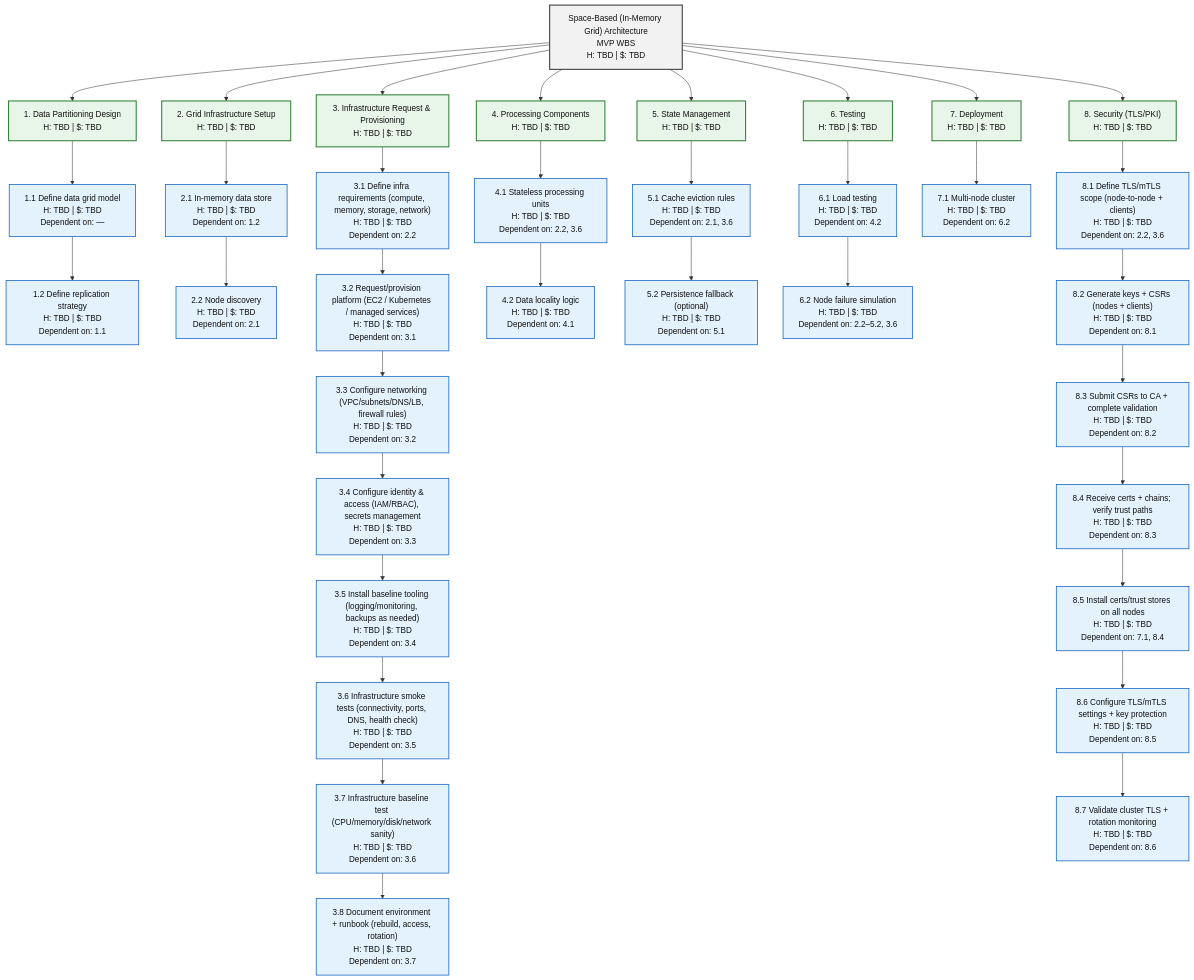
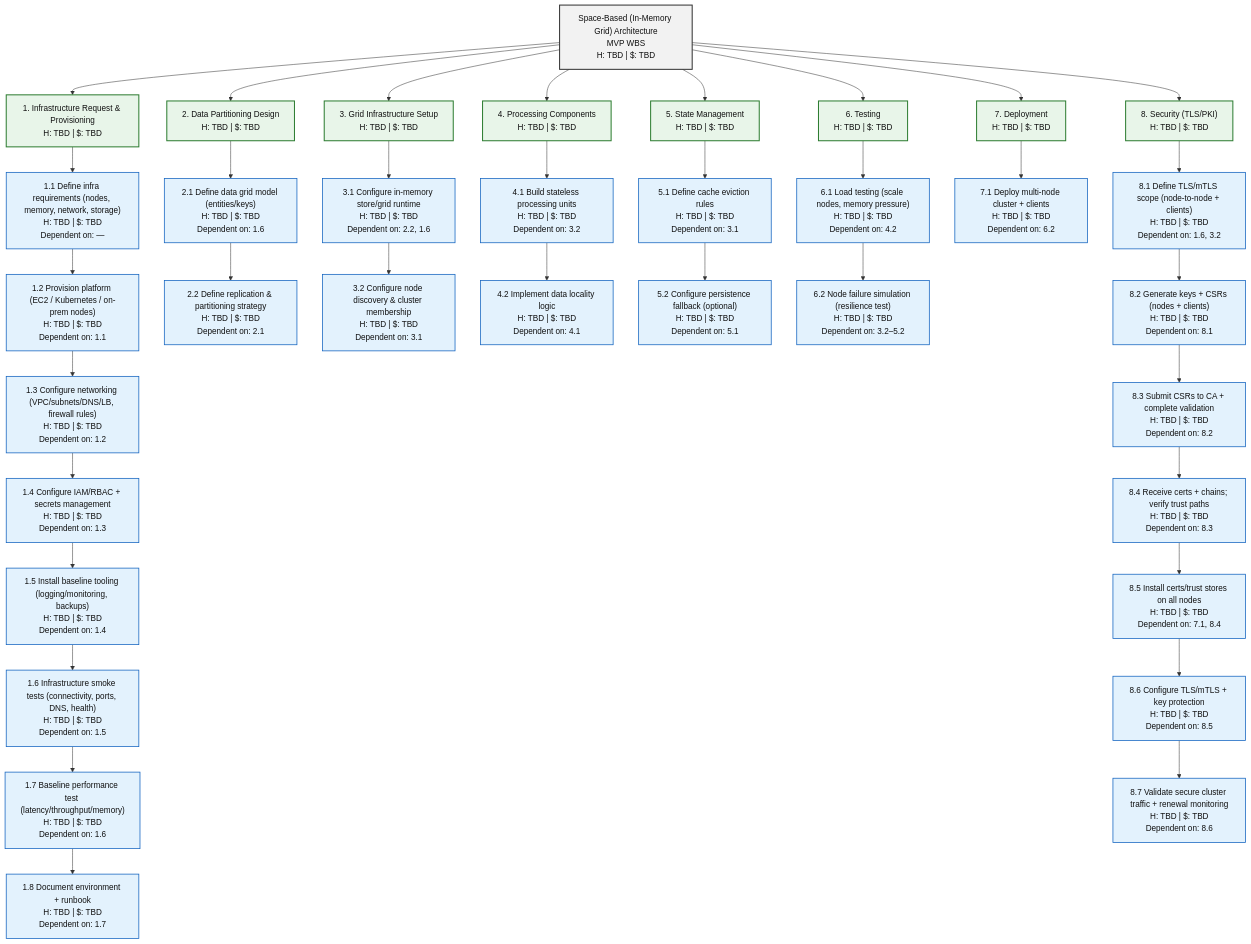
The sixth of 8 diagrams in 30-architecture-styles/5-architecture-style-wbs-overview.md (lopez-larry/arch-design-documentation), drawn with Mermaid before and after one commit. The commit also changed other lines of this file, not shown here.

````diff
--- a/30-architecture-styles/5-architecture-style-wbs-overview.md
+++ b/30-architecture-styles/5-architecture-style-wbs-overview.md
@@ -291,51 +290,51 @@
 ```mermaid
 flowchart TB
   A["Space-Based (In-Memory Grid) Architecture<br/>MVP WBS<br/>H: TBD | $: TBD"]:::summary
 
-  A --> B["1. Data Partitioning Design<br/>H: TBD | $: TBD"]:::phase
-  A --> C["2. Grid Infrastructure Setup<br/>H: TBD | $: TBD"]:::phase
-  A --> I["3. Infrastructure Request & Provisioning<br/>H: TBD | $: TBD"]:::phase
+  A --> I["1. Infrastructure Request & Provisioning<br/>H: TBD | $: TBD"]:::phase
+  A --> B["2. Data Partitioning Design<br/>H: TBD | $: TBD"]:::phase
+  A --> C["3. Grid Infrastructure Setup<br/>H: TBD | $: TBD"]:::phase
   A --> D["4. Processing Components<br/>H: TBD | $: TBD"]:::phase
   A --> E["5. State Management<br/>H: TBD | $: TBD"]:::phase
   A --> F["6. Testing<br/>H: TBD | $: TBD"]:::phase
   A --> G["7. Deployment<br/>H: TBD | $: TBD"]:::phase
   A --> H["8. Security (TLS/PKI)<br/>H: TBD | $: TBD"]:::phase
 
-  B --> B1["1.1 Define data grid model<br/>H: TBD | $: TBD<br/>Dependent on: —"]:::task
-  B1 --> B2["1.2 Define replication strategy<br/>H: TBD | $: TBD<br/>Dependent on: 1.1"]:::task
+  I --> I1["1.1 Define infra requirements (nodes, memory, network, storage)<br/>H: TBD | $: TBD<br/>Dependent on: —"]:::task
+  I1 --> I2["1.2 Provision platform (EC2 / Kubernetes / on-prem nodes)<br/>H: TBD | $: TBD<br/>Dependent on: 1.1"]:::task
+  I2 --> I3["1.3 Configure networking (VPC/subnets/DNS/LB, firewall rules)<br/>H: TBD | $: TBD<br/>Dependent on: 1.2"]:::task
+  I3 --> I4["1.4 Configure IAM/RBAC + secrets management<br/>H: TBD | $: TBD<br/>Dependent on: 1.3"]:::task
+  I4 --> I5["1.5 Install baseline tooling (logging/monitoring, backups)<br/>H: TBD | $: TBD<br/>Dependent on: 1.4"]:::task
+  I5 --> I6["1.6 Infrastructure smoke tests (connectivity, ports, DNS, health)<br/>H: TBD | $: TBD<br/>Dependent on: 1.5"]:::task
+  I6 --> I7["1.7 Baseline performance test (latency/throughput/memory)<br/>H: TBD | $: TBD<br/>Dependent on: 1.6"]:::task
+  I7 --> I8["1.8 Document environment + runbook<br/>H: TBD | $: TBD<br/>Dependent on: 1.7"]:::task
 
-  C --> C1["2.1 In-memory data store<br/>H: TBD | $: TBD<br/>Dependent on: 1.2"]:::task
-  C1 --> C2["2.2 Node discovery<br/>H: TBD | $: TBD<br/>Dependent on: 2.1"]:::task
+  B --> B1["2.1 Define data grid model (entities/keys)<br/>H: TBD | $: TBD<br/>Dependent on: 1.6"]:::task
+  B1 --> B2["2.2 Define replication & partitioning strategy<br/>H: TBD | $: TBD<br/>Dependent on: 2.1"]:::task
 
-  I --> I1["3.1 Define infra requirements (compute, memory, storage, network)<br/>H: TBD | $: TBD<br/>Dependent on: 2.2"]:::task
-  I1 --> I2["3.2 Request/provision platform (EC2 / Kubernetes / managed services)<br/>H: TBD | $: TBD<br/>Dependent on: 3.1"]:::task
-  I2 --> I3["3.3 Configure networking (VPC/subnets/DNS/LB, firewall rules)<br/>H: TBD | $: TBD<br/>Dependent on: 3.2"]:::task
-  I3 --> I4["3.4 Configure identity & access (IAM/RBAC), secrets management<br/>H: TBD | $: TBD<br/>Dependent on: 3.3"]:::task
-  I4 --> I5["3.5 Install baseline tooling (logging/monitoring, backups as needed)<br/>H: TBD | $: TBD<br/>Dependent on: 3.4"]:::task
-  I5 --> I6["3.6 Infrastructure smoke tests (connectivity, ports, DNS, health check)<br/>H: TBD | $: TBD<br/>Dependent on: 3.5"]:::task
-  I6 --> I7["3.7 Infrastructure baseline test (CPU/memory/disk/network sanity)<br/>H: TBD | $: TBD<br/>Dependent on: 3.6"]:::task
-  I7 --> I8["3.8 Document environment + runbook (rebuild, access, rotation)<br/>H: TBD | $: TBD<br/>Dependent on: 3.7"]:::task
+  C --> C1["3.1 Configure in-memory store/grid runtime<br/>H: TBD | $: TBD<br/>Dependent on: 2.2, 1.6"]:::task
+  C1 --> C2["3.2 Configure node discovery & cluster membership<br/>H: TBD | $: TBD<br/>Dependent on: 3.1"]:::task
 
-  D --> D1["4.1 Stateless processing units<br/>H: TBD | $: TBD<br/>Dependent on: 2.2, 3.6"]:::task
-  D1 --> D2["4.2 Data locality logic<br/>H: TBD | $: TBD<br/>Dependent on: 4.1"]:::task
+  D --> D1["4.1 Build stateless processing units<br/>H: TBD | $: TBD<br/>Dependent on: 3.2"]:::task
+  D1 --> D2["4.2 Implement data locality logic<br/>H: TBD | $: TBD<br/>Dependent on: 4.1"]:::task
 
-  E --> E1["5.1 Cache eviction rules<br/>H: TBD | $: TBD<br/>Dependent on: 2.1, 3.6"]:::task
-  E1 --> E2["5.2 Persistence fallback (optional)<br/>H: TBD | $: TBD<br/>Dependent on: 5.1"]:::task
+  E --> E1["5.1 Define cache eviction rules<br/>H: TBD | $: TBD<br/>Dependent on: 3.1"]:::task
+  E1 --> E2["5.2 Configure persistence fallback (optional)<br/>H: TBD | $: TBD<br/>Dependent on: 5.1"]:::task
 
-  F --> F1["6.1 Load testing<br/>H: TBD | $: TBD<br/>Dependent on: 4.2"]:::task
-  F1 --> F2["6.2 Node failure simulation<br/>H: TBD | $: TBD<br/>Dependent on: 2.2–5.2, 3.6"]:::task
+  F --> F1["6.1 Load testing (scale nodes, memory pressure)<br/>H: TBD | $: TBD<br/>Dependent on: 4.2"]:::task
+  F1 --> F2["6.2 Node failure simulation (resilience test)<br/>H: TBD | $: TBD<br/>Dependent on: 3.2–5.2"]:::task
 
-  G --> G1["7.1 Multi-node cluster<br/>H: TBD | $: TBD<br/>Dependent on: 6.2"]:::task
+  G --> G1["7.1 Deploy multi-node cluster + clients<br/>H: TBD | $: TBD<br/>Dependent on: 6.2"]:::task
 
-  H --> H1["8.1 Define TLS/mTLS scope (node-to-node + clients)<br/>H: TBD | $: TBD<br/>Dependent on: 2.2, 3.6"]:::task
+  H --> H1["8.1 Define TLS/mTLS scope (node-to-node + clients)<br/>H: TBD | $: TBD<br/>Dependent on: 1.6, 3.2"]:::task
   H1 --> H2["8.2 Generate keys + CSRs (nodes + clients)<br/>H: TBD | $: TBD<br/>Dependent on: 8.1"]:::task
   H2 --> H3["8.3 Submit CSRs to CA + complete validation<br/>H: TBD | $: TBD<br/>Dependent on: 8.2"]:::task
   H3 --> H4["8.4 Receive certs + chains; verify trust paths<br/>H: TBD | $: TBD<br/>Dependent on: 8.3"]:::task
   H4 --> H5["8.5 Install certs/trust stores on all nodes<br/>H: TBD | $: TBD<br/>Dependent on: 7.1, 8.4"]:::task
-  H5 --> H6["8.6 Configure TLS/mTLS settings + key protection<br/>H: TBD | $: TBD<br/>Dependent on: 8.5"]:::task
-  H6 --> H7["8.7 Validate cluster TLS + rotation monitoring<br/>H: TBD | $: TBD<br/>Dependent on: 8.6"]:::task
+  H5 --> H6["8.6 Configure TLS/mTLS + key protection<br/>H: TBD | $: TBD<br/>Dependent on: 8.5"]:::task
+  H6 --> H7["8.7 Validate secure cluster traffic + renewal monitoring<br/>H: TBD | $: TBD<br/>Dependent on: 8.6"]:::task
 
   classDef summary fill:#f2f2f2,stroke:#333,stroke-width:2px,color:#111;
   classDef phase fill:#e8f5e9,stroke:#2e7d32,stroke-width:2px,color:#111;
   classDef task fill:#e3f2fd,stroke:#1565c0,stroke-width:1.5px,color:#111;
 ```
````
